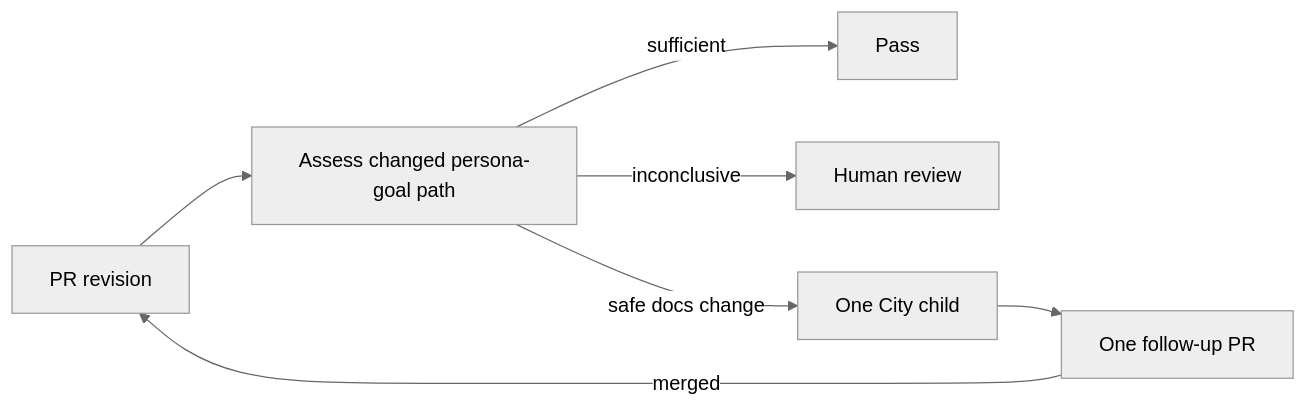
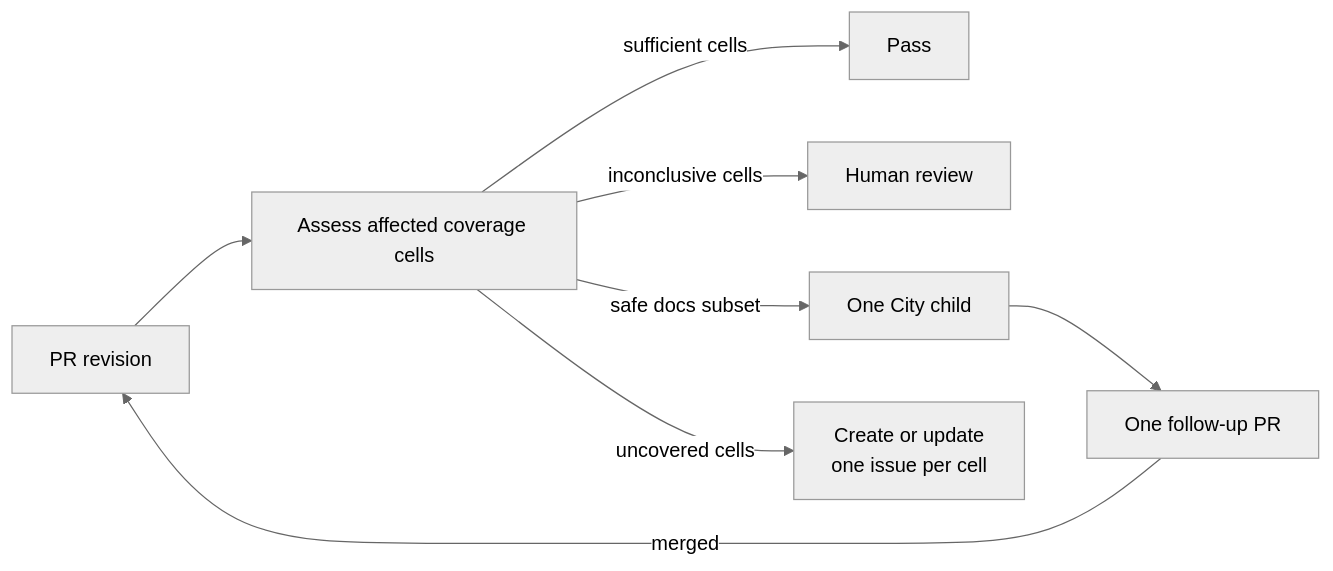
Before and after one commit to allenday/gascity-compose: the second of 2 diagrams in docs/superpowers/specs/2026-09-04-single-docs-recursion-design.md, drawn with Mermaid (neutral theme). The commit also changed other lines of this file and 1 other file, not shown here.

Commit message:
docs: require observable coverage buds

````diff
--- a/docs/superpowers/specs/2026-09-04-single-docs-recursion-design.md
+++ b/docs/superpowers/specs/2026-09-04-single-docs-recursion-design.md
@@ -57,9 +63,10 @@
 ```mermaid
 flowchart LR
-  PR[PR revision] --> ASSESS[Assess changed persona-goal path]
-  ASSESS -->|sufficient| PASS[Pass]
-  ASSESS -->|inconclusive| HUMAN[Human review]
-  ASSESS -->|safe docs change| CHILD[One City child]
+  PR[PR revision] --> ASSESS[Assess affected coverage cells]
+  ASSESS -->|sufficient cells| PASS[Pass]
+  ASSESS -->|inconclusive cells| HUMAN[Human review]
+  ASSESS -->|safe docs subset| CHILD[One City child]
   CHILD --> FOLLOWUP[One follow-up PR]
   FOLLOWUP -->|merged| PR
+  ASSESS -->|uncovered cells| BUDS[Create or update<br/>one issue per cell]
 ```
````
